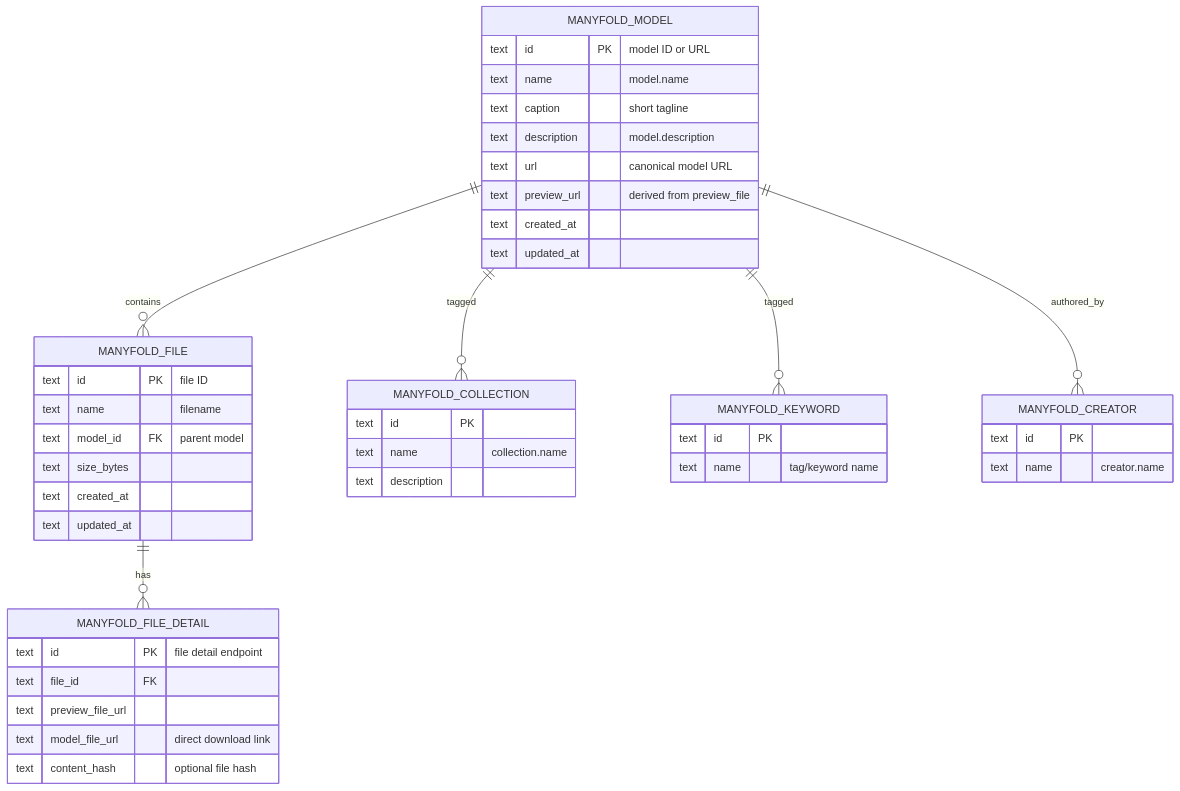
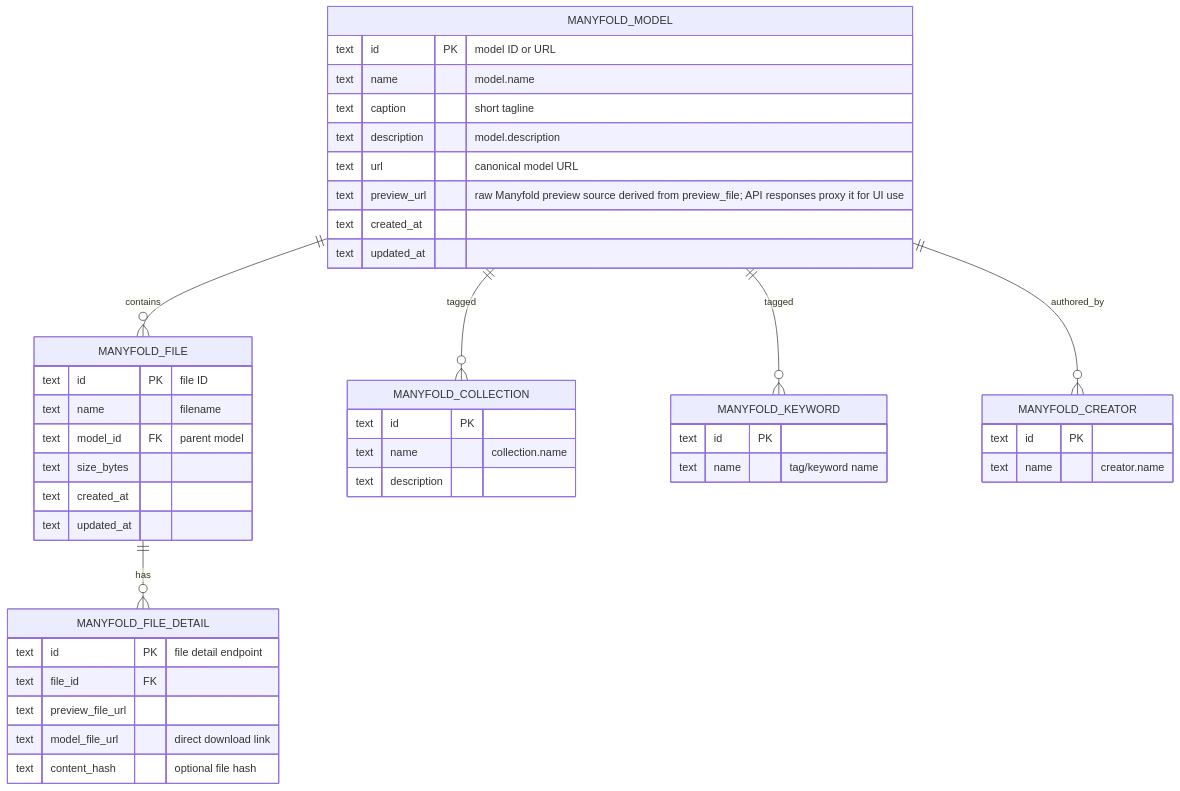
Before and after one commit to rsocko/hass-bambulab-config: the second of 4 diagrams in docs/features/model_catalog/planning/model-catalog-er-diagrams.md, drawn with Mermaid. The commit also changed other lines of this file and 8 other files, not shown here.

First line of the commit message:
feat(manyfold): enhance API reference with preview endpoint and update Manyfold client settings

````diff
--- a/docs/features/model_catalog/planning/model-catalog-er-diagrams.md
+++ b/docs/features/model_catalog/planning/model-catalog-er-diagrams.md
@@ -157,52 +157,52 @@
 ```mermaid
 erDiagram
     MANYFOLD_MODEL ||--o{ MANYFOLD_FILE : contains
     MANYFOLD_MODEL ||--o{ MANYFOLD_COLLECTION : tagged
     MANYFOLD_MODEL ||--o{ MANYFOLD_KEYWORD : tagged
     MANYFOLD_MODEL ||--o{ MANYFOLD_CREATOR : authored_by
     MANYFOLD_FILE ||--o{ MANYFOLD_FILE_DETAIL : has
 
     MANYFOLD_MODEL {
         text id PK "model ID or URL"
         text name "model.name"
         text caption "short tagline"
         text description "model.description"
         text url "canonical model URL"
-        text preview_url "derived from preview_file"
+        text preview_url "raw Manyfold preview source derived from preview_file; API responses proxy it for UI use"
         text created_at
         text updated_at
     }
 
     MANYFOLD_FILE {
         text id PK "file ID"
         text name "filename"
         text model_id FK "parent model"
         text size_bytes
         text created_at
         text updated_at
     }
 
     MANYFOLD_FILE_DETAIL {
         text id PK "file detail endpoint"
         text file_id FK
         text preview_file_url
         text model_file_url "direct download link"
         text content_hash "optional file hash"
     }
 
     MANYFOLD_COLLECTION {
         text id PK
         text name "collection.name"
         text description
     }
 
     MANYFOLD_KEYWORD {
         text id PK
         text name "tag/keyword name"
     }
 
     MANYFOLD_CREATOR {
         text id PK
         text name "creator.name"
     }
 ```
````
